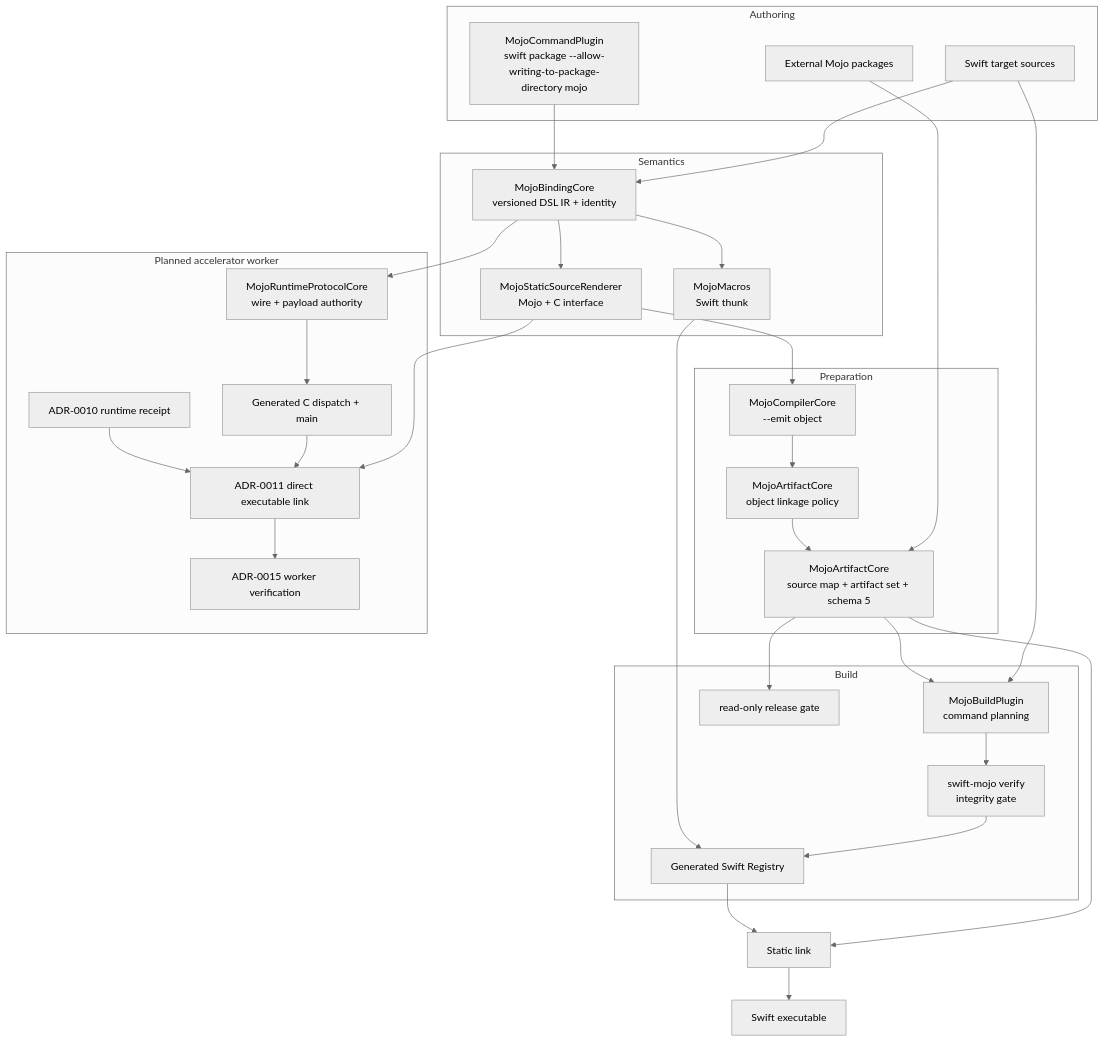
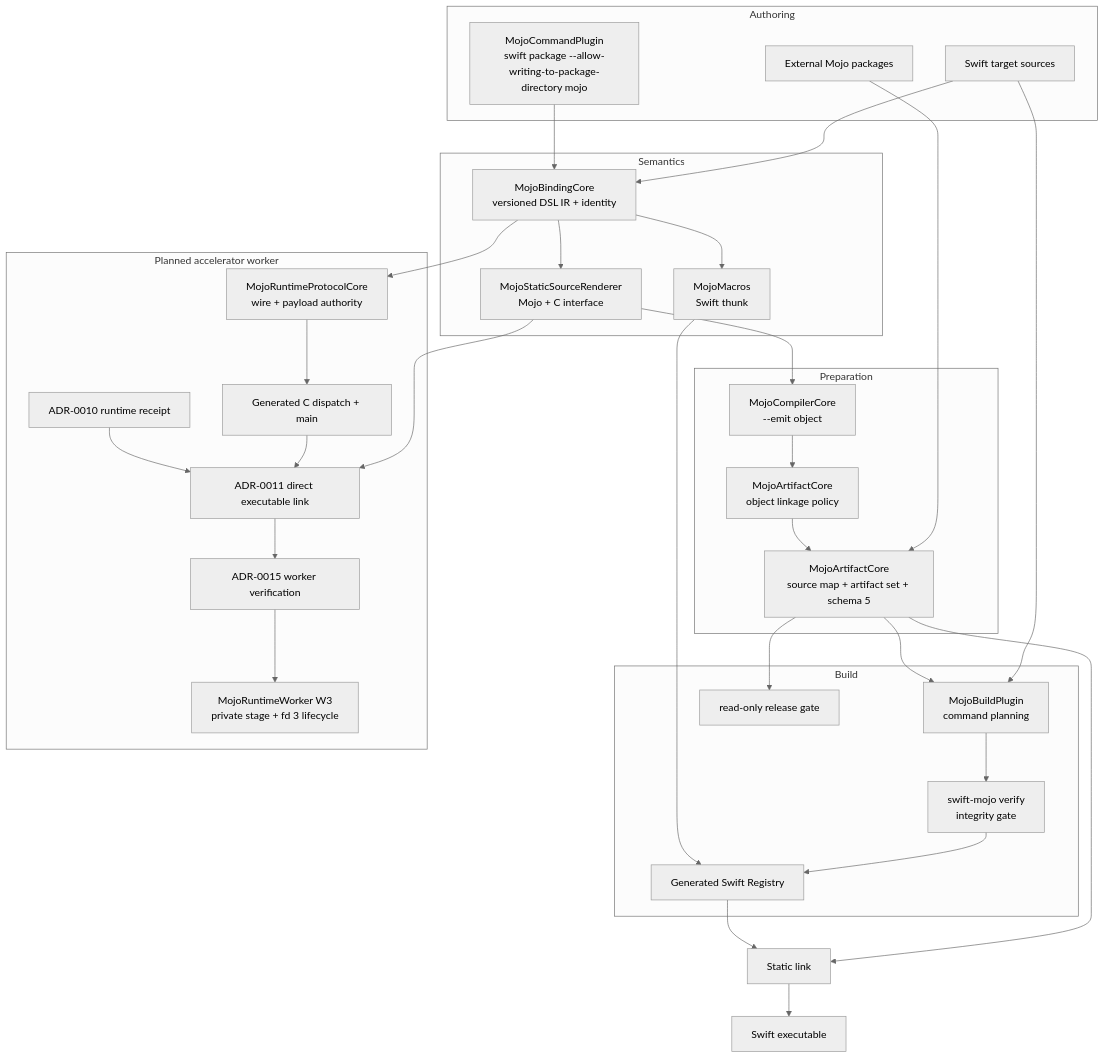
The first of 4 diagrams in DESIGN.md (1amageek/swift-mojo), drawn with Mermaid (neutral theme) before and after one commit. The commit also changed other lines of this file and 12 other files, not shown here.

Commit message:
Define generic runtime worker client boundary

````diff
--- a/DESIGN.md
+++ b/DESIGN.md
@@ -82,51 +86,53 @@
 ```mermaid
 flowchart TB
     subgraph Authoring
         Swift["Swift target sources"]
         CLI["MojoCommandPlugin<br/>swift package --allow-writing-to-package-directory mojo"]
         External["External Mojo packages"]
     end
 
     subgraph Semantics
         IR["MojoBindingCore<br/>versioned DSL IR + identity"]
         Macro["MojoMacros<br/>Swift thunk"]
         Renderer["MojoStaticSourceRenderer<br/>Mojo + C interface"]
     end
 
     subgraph Preparation
         Compiler["MojoCompilerCore<br/>--emit object"]
         Inspector["MojoArtifactCore<br/>object linkage policy"]
         Packager["MojoArtifactCore<br/>source map + artifact set + schema 5"]
     end
 
     subgraph Build
         Plugin["MojoBuildPlugin<br/>command planning"]
         Verifier["swift-mojo verify<br/>integrity gate"]
         Registry["Generated Swift Registry"]
         Release["read-only release gate"]
     end
 
     subgraph AcceleratorWorker["Planned accelerator worker"]
         Protocol["MojoRuntimeProtocolCore<br/>wire + payload authority"]
         WorkerC["Generated C dispatch + main"]
         Receipt["ADR-0010 runtime receipt"]
         WorkerLink["ADR-0011 direct executable link"]
         WorkerVerify["ADR-0015 worker verification"]
+        WorkerClient["MojoRuntimeWorker W3<br/>private stage + fd 3 lifecycle"]
     end
 
     Swift --> IR
     IR --> Macro
     CLI --> IR
     External --> Packager
     IR --> Renderer --> Compiler --> Inspector --> Packager
     Swift --> Plugin
     Packager --> Plugin --> Verifier --> Registry
     Packager --> Release
     Macro --> Registry
     Packager --> Link["Static link"]
     Registry --> Link --> Executable["Swift executable"]
     IR --> Protocol --> WorkerC
     Renderer --> WorkerLink
     WorkerC --> WorkerLink
     Receipt --> WorkerLink --> WorkerVerify
+    WorkerVerify --> WorkerClient
 ```
````
